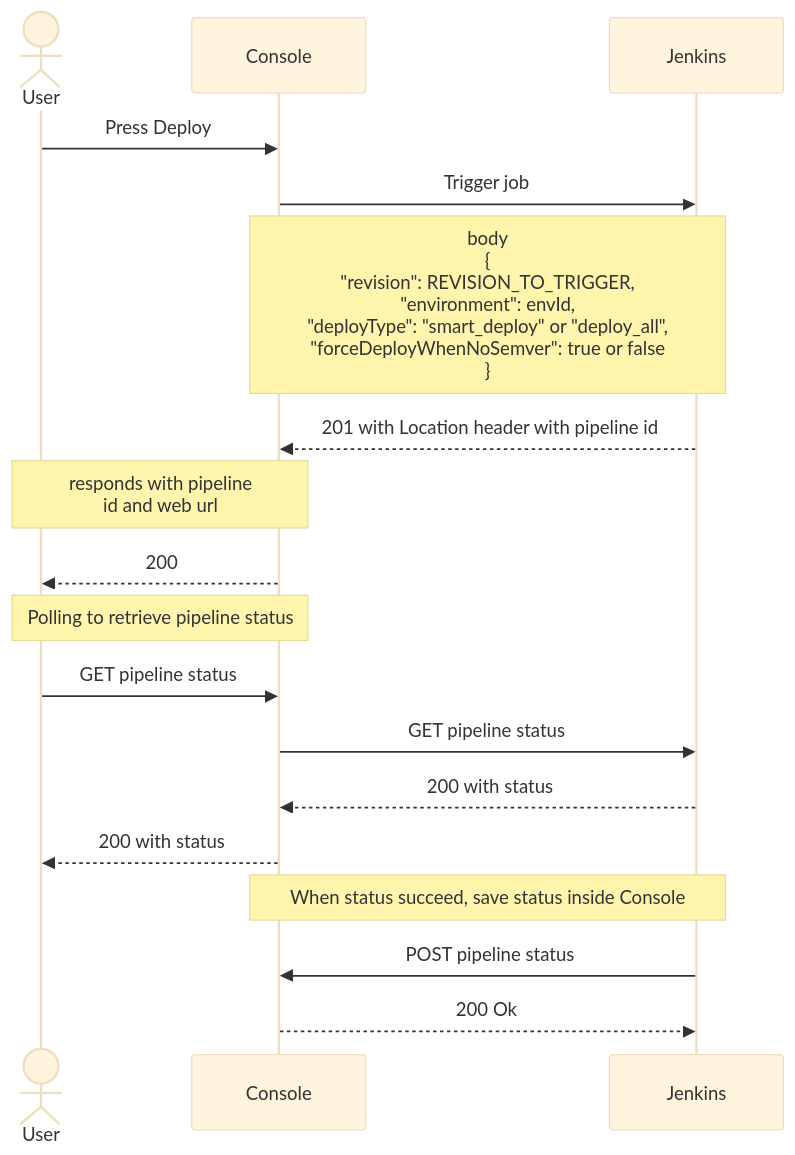
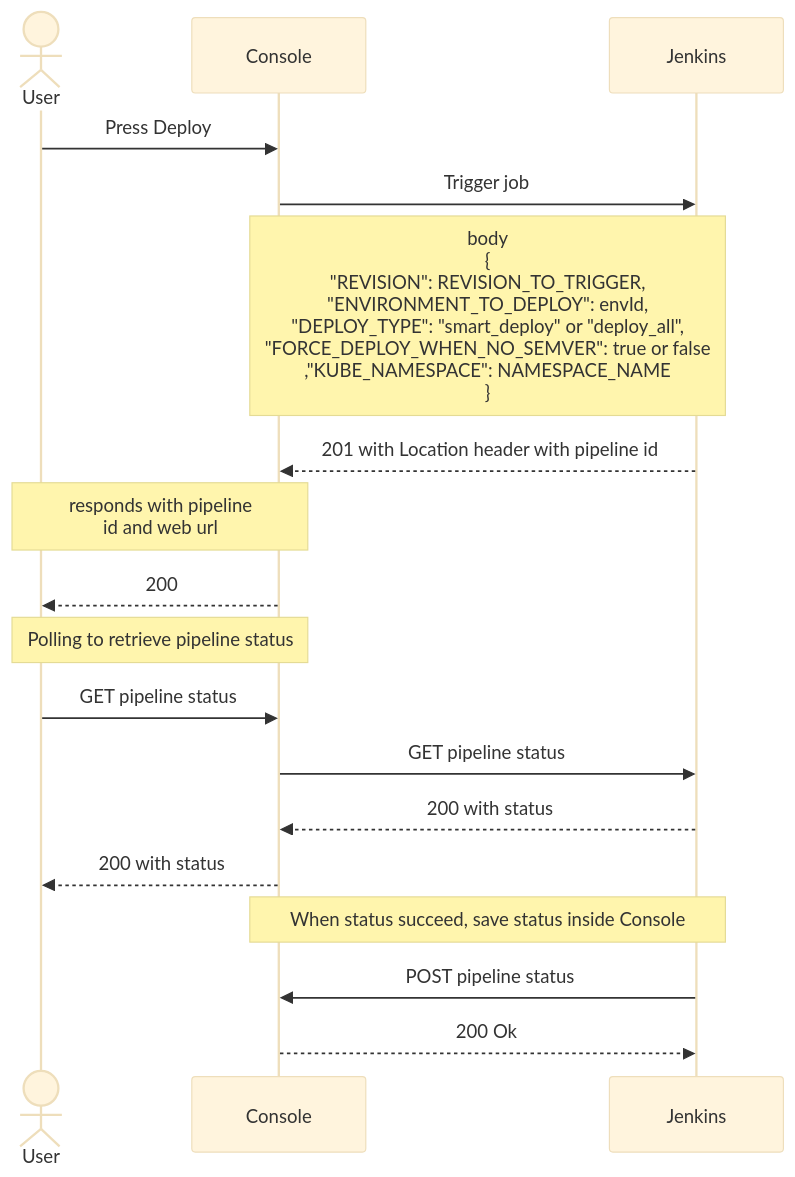
Before and after one commit to mia-platform/documentation: the diagram in docs/development_suite/deploy/pipeline-based/configure-jenkins.md, drawn with Mermaid (base theme). The commit also changed other lines of this file, not shown here.

````diff
--- a/docs/development_suite/deploy/pipeline-based/configure-jenkins.md
+++ b/docs/development_suite/deploy/pipeline-based/configure-jenkins.md
@@ -27,24 +27,24 @@
 ```mermaid
 sequenceDiagram
   actor User
   participant Console
   participant Jenkins
 
   User->>Console: Press Deploy
   Console->>Jenkins: Trigger job
-  note over Console,Jenkins: body<br/>{<br/>"revision": REVISION_TO_TRIGGER,<br/>"environment": envId,<br/>"deployType": "smart_deploy" or "deploy_all",<br/>"forceDeployWhenNoSemver": true or false<br/>}
+  note over Console,Jenkins: body<br/>{<br/>"REVISION": REVISION_TO_TRIGGER,<br/>"ENVIRONMENT_TO_DEPLOY": envId,<br/>"DEPLOY_TYPE": "smart_deploy" or "deploy_all",<br/>"FORCE_DEPLOY_WHEN_NO_SEMVER": true or false<br/>,"KUBE_NAMESPACE": NAMESPACE_NAME<br/>}
   Jenkins-->>Console: 201 with Location header with pipeline id
   note over User,Console: responds with pipeline<br/> id and web url
   Console-->>User: 200
 
   note over User,Console: Polling to retrieve pipeline status
 
   User->>Console: GET pipeline status
   Console->>Jenkins: GET pipeline status
   Jenkins-->>Console: 200 with status
   Console-->>User: 200 with status
 
   note over Console,Jenkins: When status succeed, save status inside Console
   Jenkins->>Console: POST pipeline status
   Console-->>Jenkins: 200 Ok
 ```
````
